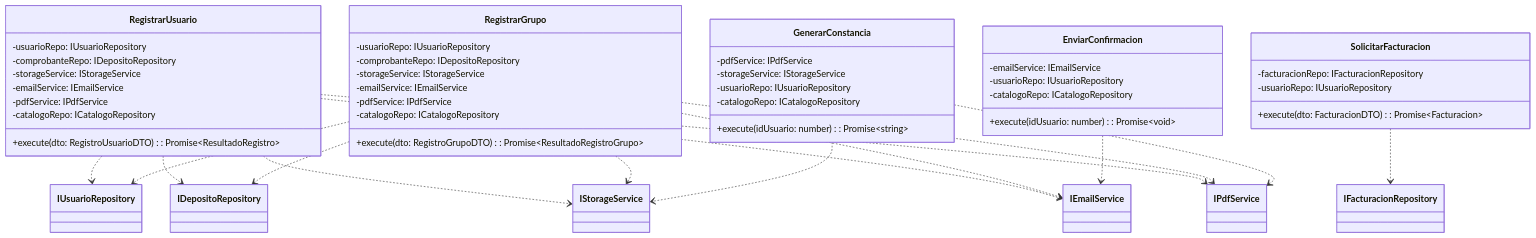
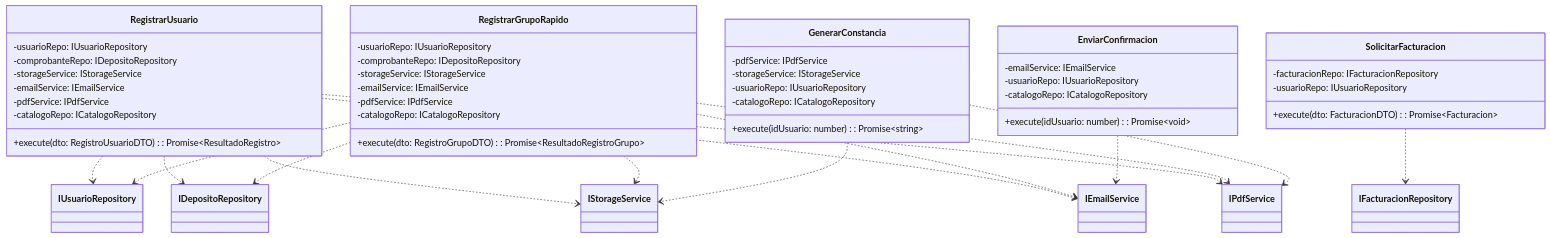
The fourth of 14 diagrams in docs/DESIGN.md (iKinoo/aniei-registro-2026), drawn with Mermaid before and after one commit. The commit also changed other lines of this file and 7 other files, not shown here.

Commit message:
refactor: group registration flow to use RegistrarGrupoRapido and remove legacy components

````diff
--- a/docs/DESIGN.md
+++ b/docs/DESIGN.md
@@ -585,60 +585,60 @@
 ```mermaid
 classDiagram
     class RegistrarUsuario {
         -usuarioRepo: IUsuarioRepository
         -comprobanteRepo: IDepositoRepository
         -storageService: IStorageService
         -emailService: IEmailService
         -pdfService: IPdfService
         -catalogoRepo: ICatalogoRepository
         +execute(dto: RegistroUsuarioDTO): Promise~ResultadoRegistro~
     }
 
-    class RegistrarGrupo {
+    class RegistrarGrupoRapido {
         -usuarioRepo: IUsuarioRepository
         -comprobanteRepo: IDepositoRepository
         -storageService: IStorageService
         -emailService: IEmailService
         -pdfService: IPdfService
         -catalogoRepo: ICatalogoRepository
         +execute(dto: RegistroGrupoDTO): Promise~ResultadoRegistroGrupo~
     }
 
     class GenerarConstancia {
         -pdfService: IPdfService
         -storageService: IStorageService
         -usuarioRepo: IUsuarioRepository
         -catalogoRepo: ICatalogoRepository
         +execute(idUsuario: number): Promise~string~
     }
 
     class EnviarConfirmacion {
         -emailService: IEmailService
         -usuarioRepo: IUsuarioRepository
         -catalogoRepo: ICatalogoRepository
         +execute(idUsuario: number): Promise~void~
     }
 
     class SolicitarFacturacion {
         -facturacionRepo: IFacturacionRepository
         -usuarioRepo: IUsuarioRepository
         +execute(dto: FacturacionDTO): Promise~Facturacion~
     }
 
     RegistrarUsuario ..> IUsuarioRepository
     RegistrarUsuario ..> IDepositoRepository
     RegistrarUsuario ..> IStorageService
     RegistrarUsuario ..> IEmailService
     RegistrarUsuario ..> IPdfService
 
-    RegistrarGrupo ..> IUsuarioRepository
-    RegistrarGrupo ..> IDepositoRepository
-    RegistrarGrupo ..> IStorageService
-    RegistrarGrupo ..> IEmailService
-    RegistrarGrupo ..> IPdfService
+    RegistrarGrupoRapido ..> IUsuarioRepository
+    RegistrarGrupoRapido ..> IDepositoRepository
+    RegistrarGrupoRapido ..> IStorageService
+    RegistrarGrupoRapido ..> IEmailService
+    RegistrarGrupoRapido ..> IPdfService
 
     GenerarConstancia ..> IPdfService
     GenerarConstancia ..> IStorageService
     EnviarConfirmacion ..> IEmailService
     SolicitarFacturacion ..> IFacturacionRepository
 ```
````
